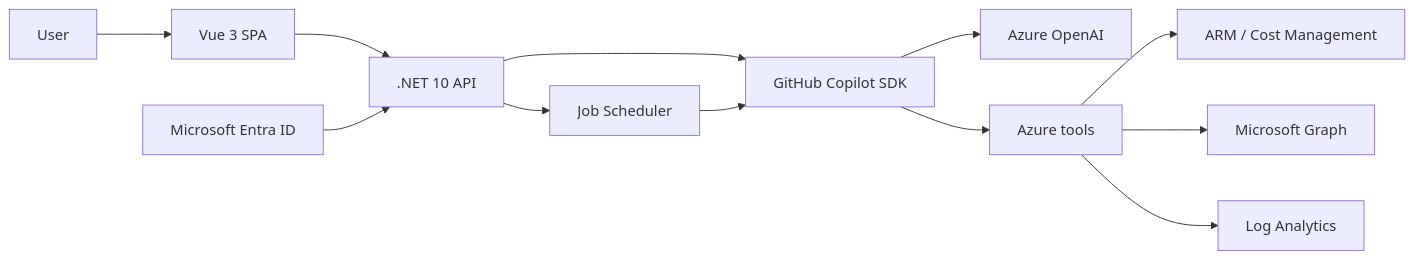
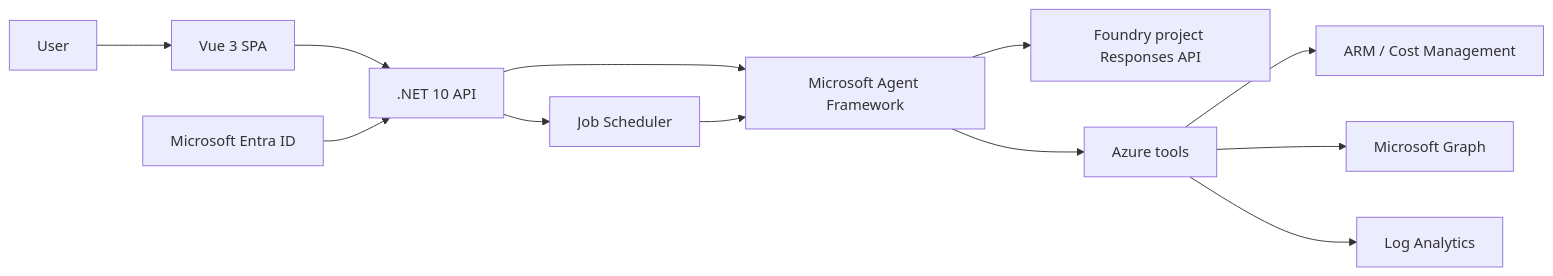
Before and after one commit to Azure-Samples/azure-finops-agent: the diagram in README.md, drawn with Mermaid. The commit also changed other lines of this file and 54 other files, not shown here.

First line of the commit message:
Port runtime to Agent Framework with multi-URL QueryAzure fan-out

````diff
--- a/README.md
+++ b/README.md
@@ -51,14 +51,14 @@
 ```mermaid
 flowchart LR
     User --> UI[Vue 3 SPA]
     UI --> API[.NET 10 API]
-    API --> SDK[GitHub Copilot SDK]
+    API --> Agent[Microsoft Agent Framework]
     API --> Jobs[Job Scheduler]
-    Jobs --> SDK
-    SDK --> Model[Azure OpenAI]
-    SDK --> Tools[Azure tools]
+    Jobs --> Agent
+    Agent --> Model[Foundry project Responses API]
+    Agent --> Tools[Azure tools]
     Tools --> ARM[ARM / Cost Management]
     Tools --> Graph[Microsoft Graph]
     Tools --> Logs[Log Analytics]
     Entra[Microsoft Entra ID] --> API
 ```
````
